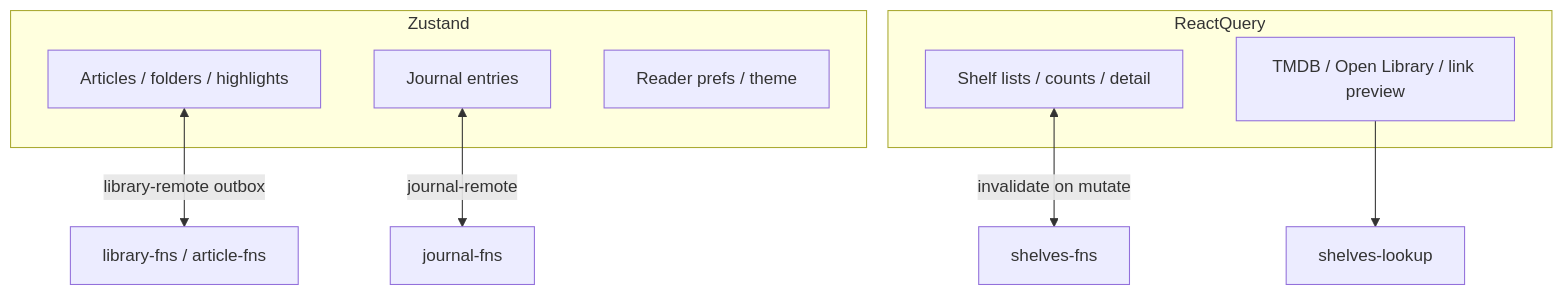
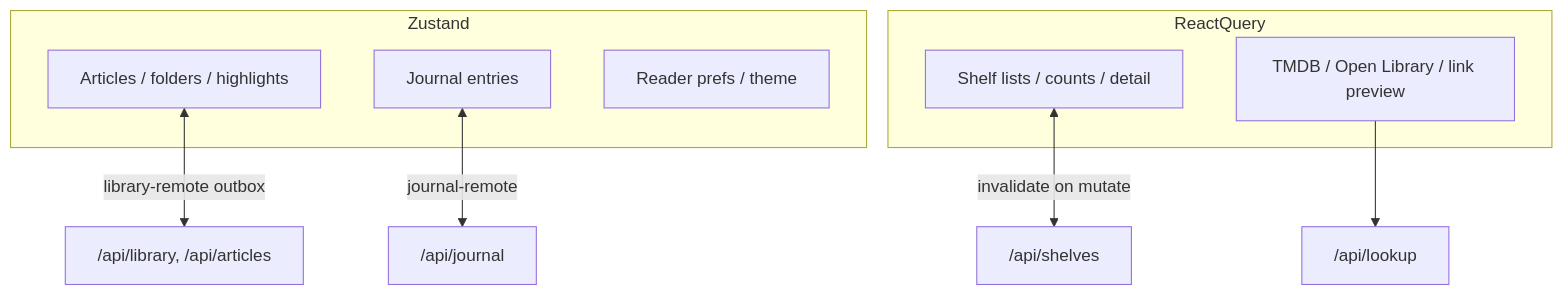
Before and after one commit to SahilFruitwala/kami: the fourth of 7 diagrams in docs/ARCHITECTURE.md, drawn with Mermaid. The commit also changed other lines of this file and 81 other files, not shown here.

````diff
--- a/docs/ARCHITECTURE.md
+++ b/docs/ARCHITECTURE.md
@@ -152,18 +158,18 @@
 ```mermaid
 flowchart TB
   subgraph Zustand
     Lib[Articles / folders / highlights]
     Jrn[Journal entries]
     Prefs[Reader prefs / theme]
   end
 
   subgraph ReactQuery
     Shelf[Shelf lists / counts / detail]
     Lookup[TMDB / Open Library / link preview]
   end
 
-  Lib <-->|library-remote outbox| SF1[library-fns / article-fns]
-  Jrn <-->|journal-remote| SF2[journal-fns]
-  Shelf <-->|invalidate on mutate| SF3[shelves-fns]
-  Lookup --> SF4[shelves-lookup]
+  Lib <-->|library-remote outbox| SF1["/api/library, /api/articles"]
+  Jrn <-->|journal-remote| SF2["/api/journal"]
+  Shelf <-->|invalidate on mutate| SF3["/api/shelves"]
+  Lookup --> SF4["/api/lookup"]
 ```
````
